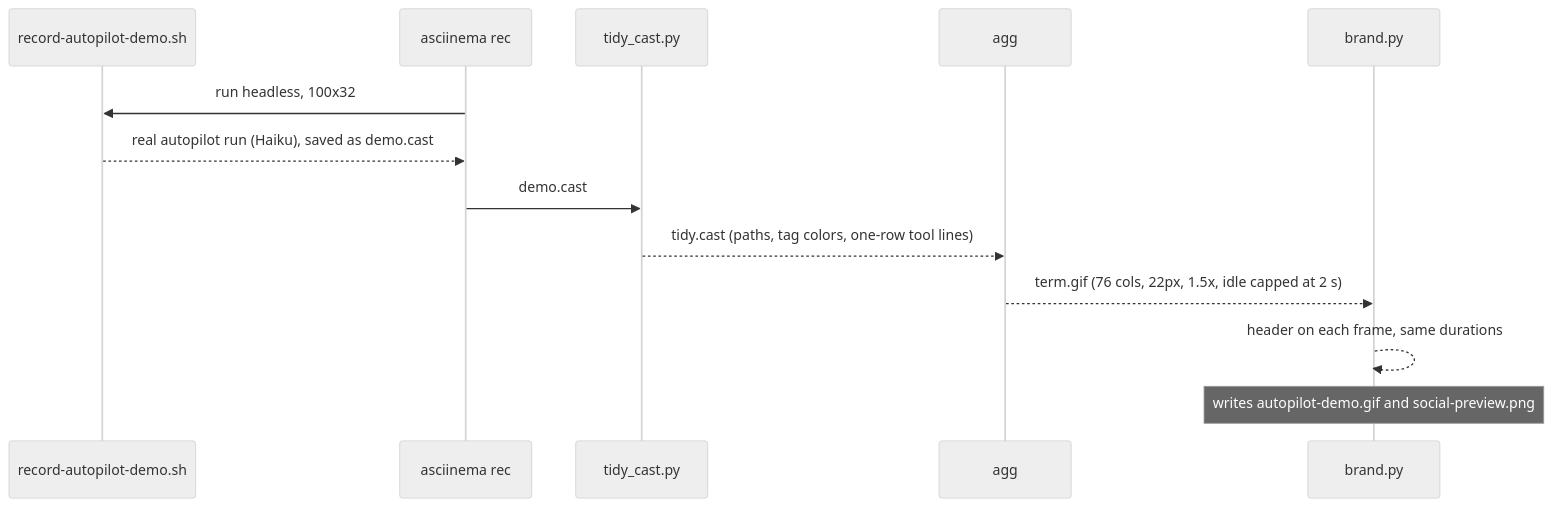
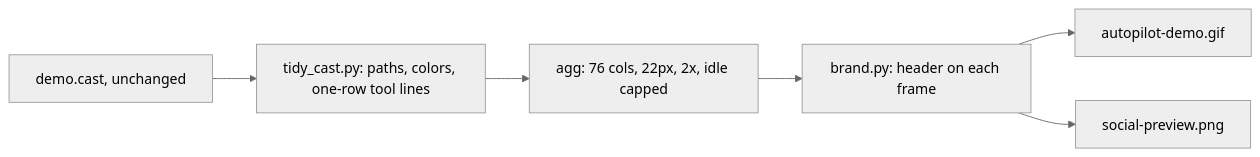
The second of 2 diagrams in docs/pr/2026-10-21-docs-demo-assets.md (filipejesse/claude-code-playbook), drawn with Mermaid (neutral theme) before and after one commit. The commit also changed other lines of this file and 8 other files, not shown here.

First line of the commit message:
Demo: a real run that opens its own PR; fix duplicated runner log lines

````diff
--- a/docs/pr/2026-10-21-docs-demo-assets.md
+++ b/docs/pr/2026-10-21-docs-demo-assets.md
@@ -14,15 +38,8 @@
 ```mermaid
-sequenceDiagram
-    participant Rec as record-autopilot-demo.sh
-    participant AC as asciinema rec
-    participant T as tidy_cast.py
-    participant AGG as agg
-    participant B as brand.py
-    AC->>Rec: run headless, 100x32
-    Rec-->>AC: real autopilot run (Haiku), saved as demo.cast
-    AC->>T: demo.cast
-    T-->>AGG: tidy.cast (paths, tag colors, one-row tool lines)
-    AGG-->>B: term.gif (76 cols, 22px, 1.5x, idle capped at 2 s)
-    B-->>B: header on each frame, same durations
-    Note over B: writes autopilot-demo.gif and social-preview.png
+flowchart LR
+    A["demo.cast, unchanged"] --> B["tidy_cast.py: paths, colors, one-row tool lines"]
+    B --> C["agg: 76 cols, 22px, 2x, idle capped"]
+    C --> D["brand.py: header on each frame"]
+    D --> E[autopilot-demo.gif]
+    D --> F[social-preview.png]
 ```
````
